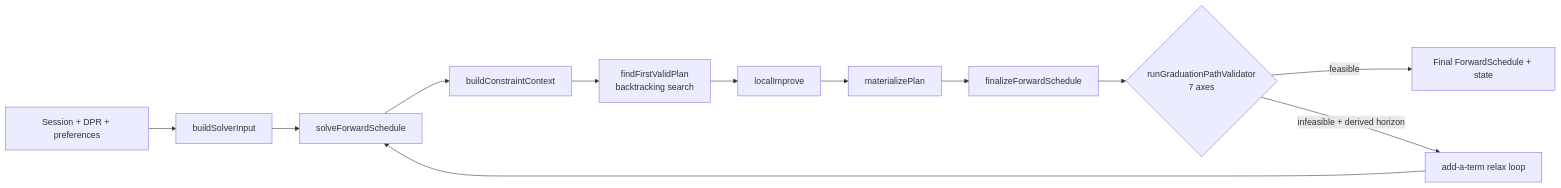
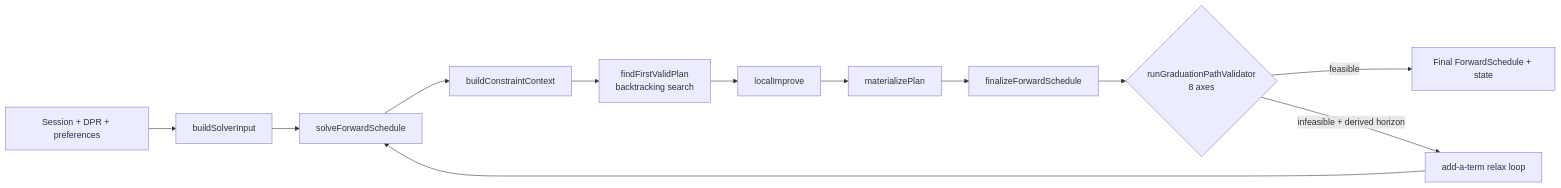
One commit to EdoardoMongardi/NYU_Path changed the first of 3 diagrams in Docs/current-system/engine/forward-schedule.md. Above: the diagram before and after it, drawn with Mermaid. The commit also changed other lines of this file and 1 other file, not shown here.

First line of the commit message:
docs(engine): record the 8th validator axis passFailLimitsRespected (frozen-contract extension) in the design spec + current-system (C3)

````diff
--- a/Docs/current-system/engine/forward-schedule.md
+++ b/Docs/current-system/engine/forward-schedule.md
@@ -9,14 +9,14 @@
 ```mermaid
 flowchart LR
     Input[Session + DPR + preferences] --> SI[buildSolverInput]
     SI --> Solver[solveForwardSchedule]
     Solver --> Ctx[buildConstraintContext]
     Ctx --> Search[findFirstValidPlan<br/>backtracking search]
     Search --> Improve[localImprove]
     Improve --> Mat[materializePlan]
     Mat --> Final[finalizeForwardSchedule]
-    Final --> Validator{runGraduationPathValidator<br/>7 axes}
+    Final --> Validator{runGraduationPathValidator<br/>8 axes}
     Validator -->|feasible| Done[Final ForwardSchedule + state]
     Validator -->|infeasible + derived horizon| Relax[add-a-term relax loop]
     Relax --> Solver
 ```
````
